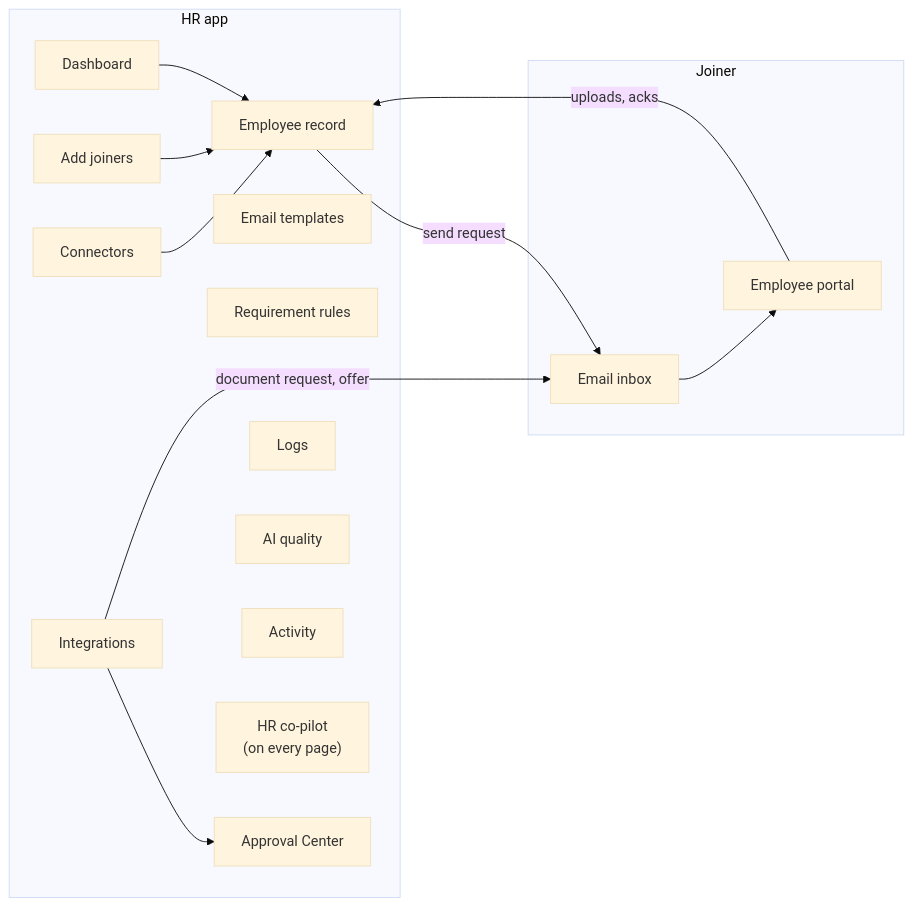
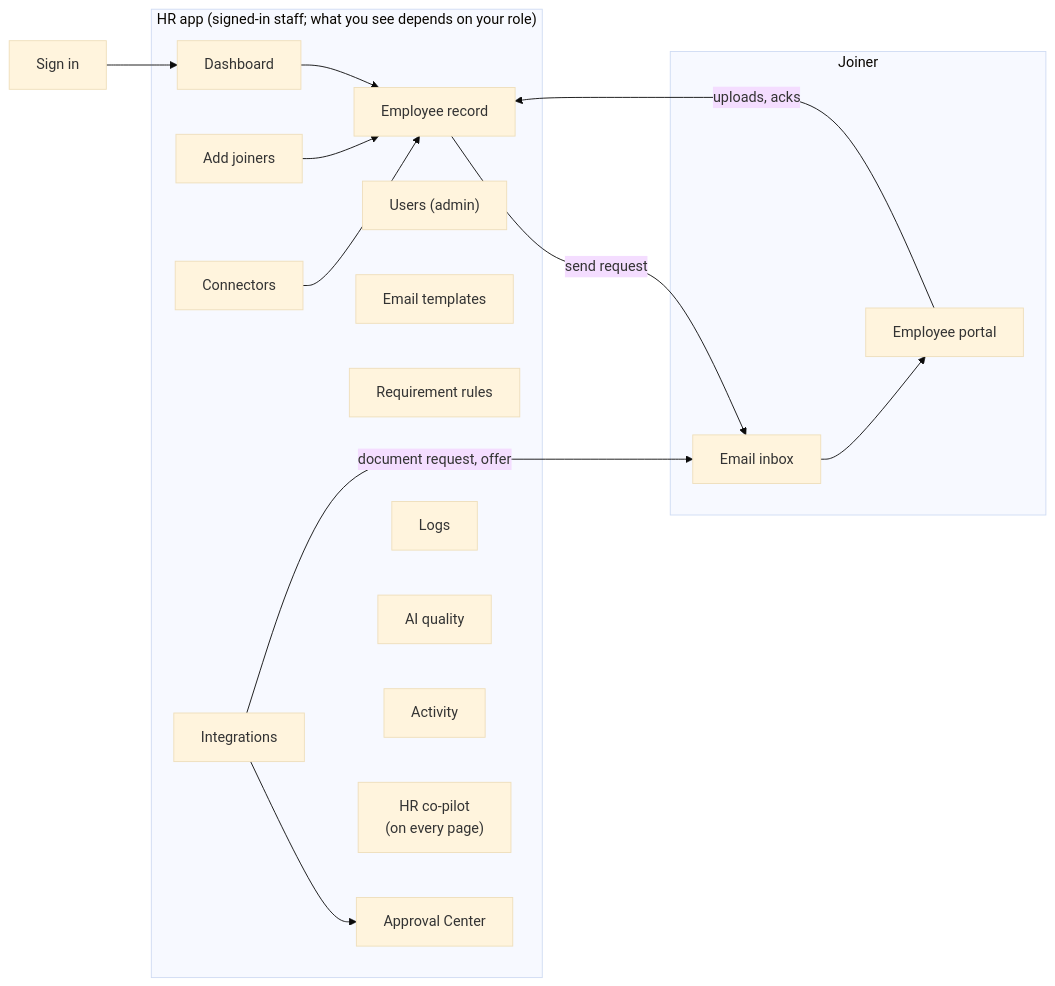
One commit to Prateek1771/azentio-hr changed the first of 8 diagrams in docs/user-flows.md. Above: the diagram before and after it, drawn with Mermaid (base theme). The commit also changed other lines of this file and 5 other files, not shown here.

First line of the commit message:
docs: bring HLD, LLD and architecture docs up to date with Phase 0

````diff
--- a/docs/user-flows.md
+++ b/docs/user-flows.md
@@ -7,21 +9,23 @@
 ```mermaid
 flowchart LR
-    subgraph HR["HR app"]
+    LG["Sign in"] --> D
+    subgraph HR["HR app (signed-in staff; what you see depends on your role)"]
         D["Dashboard"] --> E["Employee record"]
+        US["Users (admin)"]
         A["Add joiners"] --> E
         T["Email templates"]
         R["Requirement rules"]
         C["Connectors"] --> E
         I["Integrations"] --> AP["Approval Center"]
         L["Logs"]
         Q["AI quality"]
         ACT["Activity"]
         CP["HR co-pilot<br/>(on every page)"]
     end
     subgraph Joiner["Joiner"]
         M["Email inbox"] --> P["Employee portal"]
     end
     E -->|"send request"| M
     P -->|"uploads, acks"| E
     I -->|"document request, offer"| M
 ```
````
